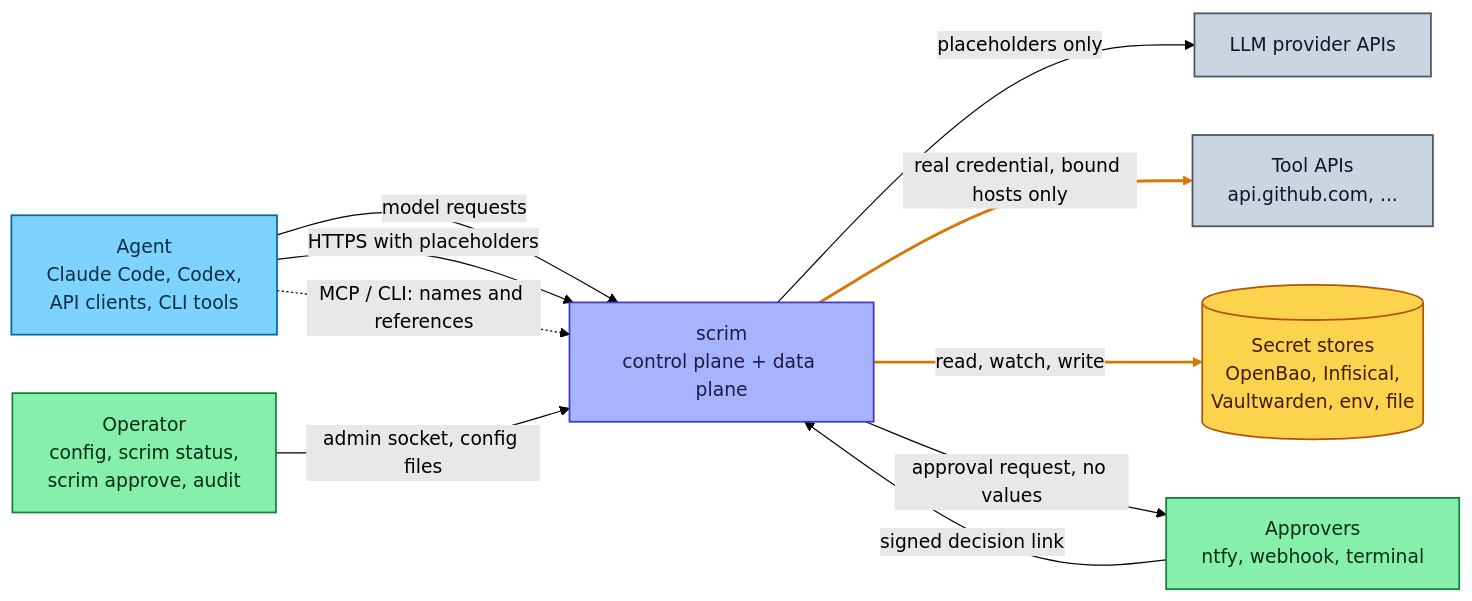
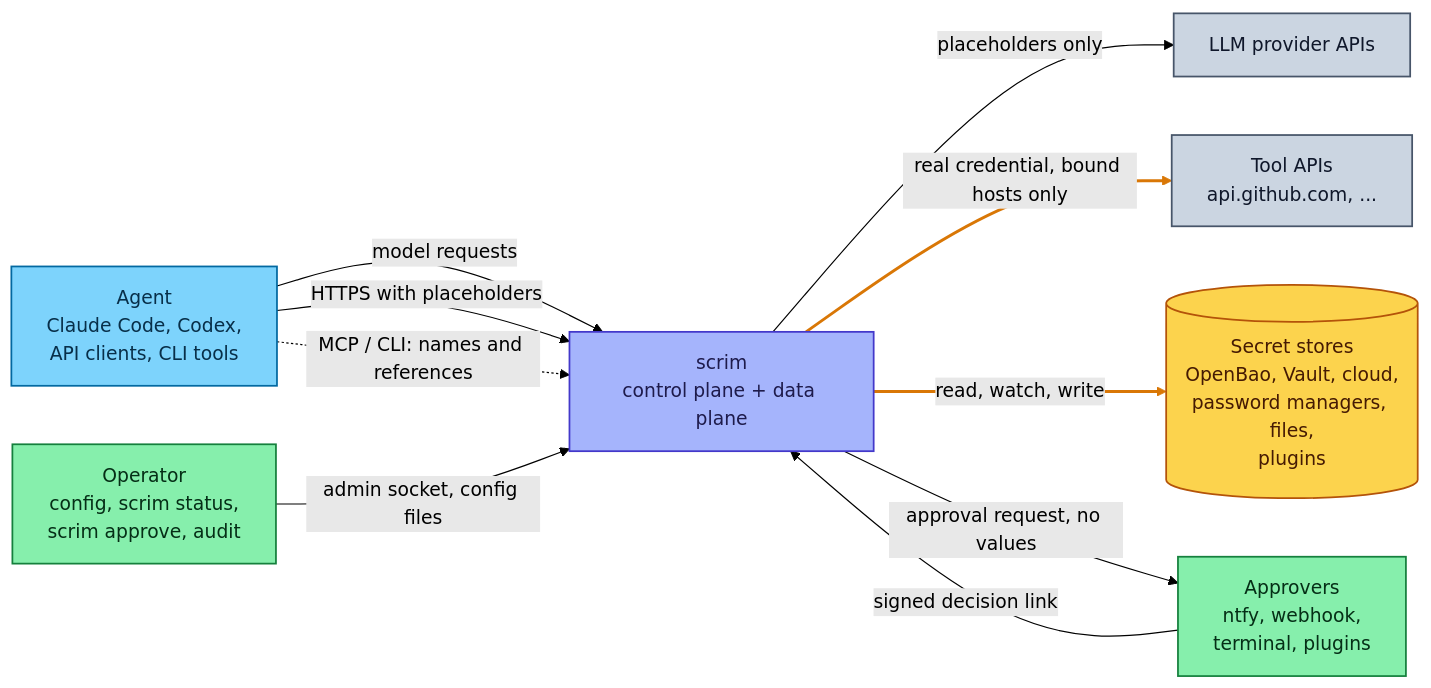
Before and after one commit to Heliopsy/scrim: the first of 8 diagrams in docs/architecture.md, drawn with Mermaid (forest theme). The commit also changed other lines of this file and 31 other files, not shown here.

````diff
--- a/docs/architecture.md
+++ b/docs/architecture.md
@@ -21,31 +20,31 @@
 ```mermaid
 flowchart LR
   agent["Agent<br>Claude Code, Codex,<br>API clients, CLI tools"]
   operator["Operator<br>config, scrim status,<br>scrim approve, audit"]
   scrim["scrim<br>control plane + data plane"]
   provider["LLM provider APIs"]
   toolapis["Tool APIs<br>api.github.com, ..."]
-  stores[("Secret stores<br>OpenBao, Infisical,<br>Vaultwarden, env, file")]
-  approvers["Approvers<br>ntfy, webhook, terminal"]
+  stores[("Secret stores<br>OpenBao, Vault, cloud,<br>password managers, files,<br>plugins")]
+  approvers["Approvers<br>ntfy, webhook,<br>terminal, plugins"]
 
   agent -- "model requests" --> scrim
   scrim -- "placeholders only" --> provider
   agent -- "HTTPS with placeholders" --> scrim
   scrim -- "real credential, bound hosts only" --> toolapis
   agent -. "MCP / CLI: names and references" .-> scrim
   scrim -- "read, watch, write" --> stores
   scrim -- "approval request, no values" --> approvers
   approvers -- "signed decision link" --> scrim
   operator -- "admin socket, config files" --> scrim
   classDef agent fill:#7dd3fc,stroke:#0369a1,stroke-width:1.5px,color:#082f49
   classDef dplane fill:#a5b4fc,stroke:#4338ca,stroke-width:1.5px,color:#1e1b4b
   classDef store fill:#fcd34d,stroke:#b45309,stroke-width:1.5px,color:#451a03
   classDef ext fill:#cbd5e1,stroke:#475569,stroke-width:1.5px,color:#0f172a
   classDef human fill:#86efac,stroke:#15803d,stroke-width:1.5px,color:#052e16
   class agent agent
   class operator,approvers human
   class scrim dplane
   class provider,toolapis ext
   class stores store
   linkStyle 3,5 stroke:#d97706,stroke-width:2.5px
 ```
````
